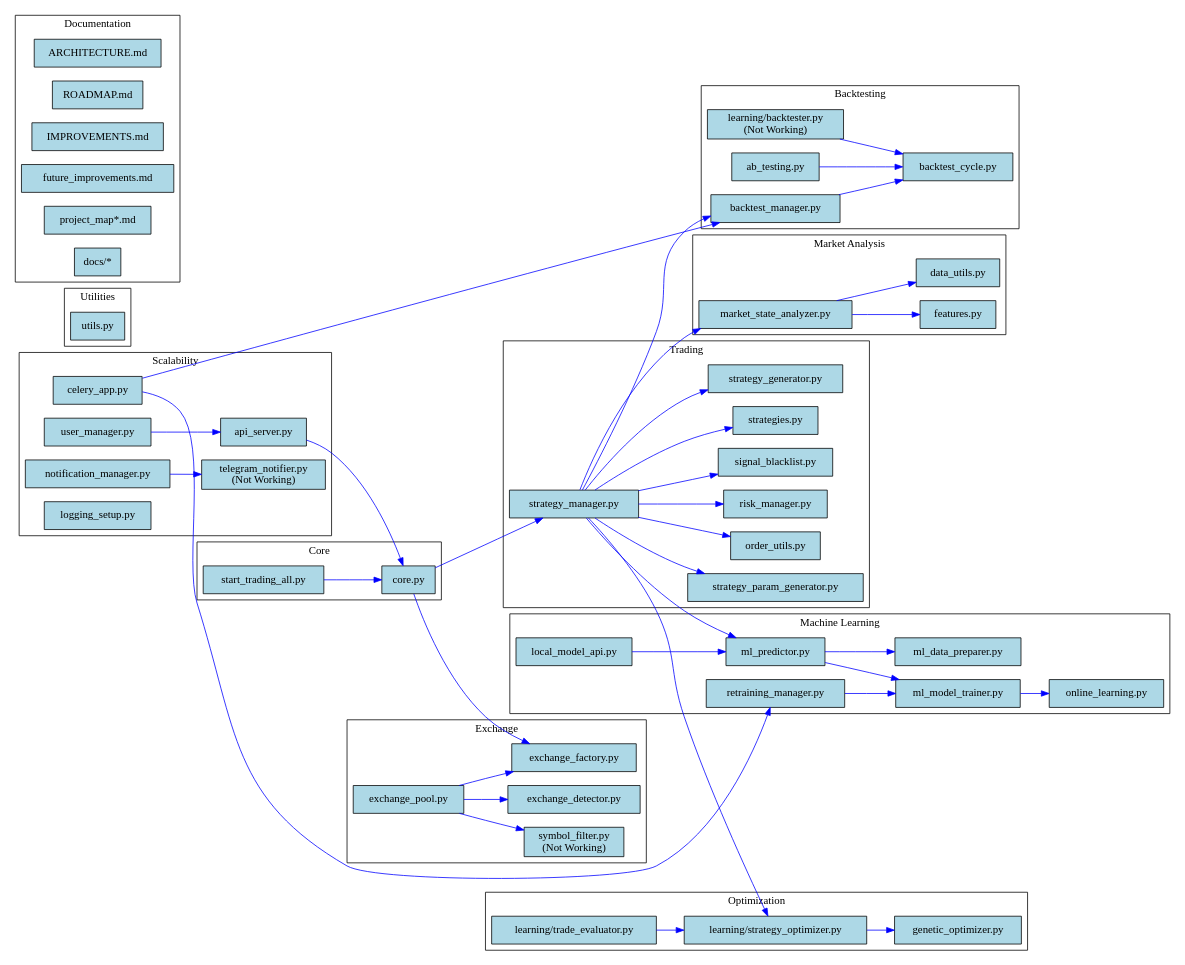
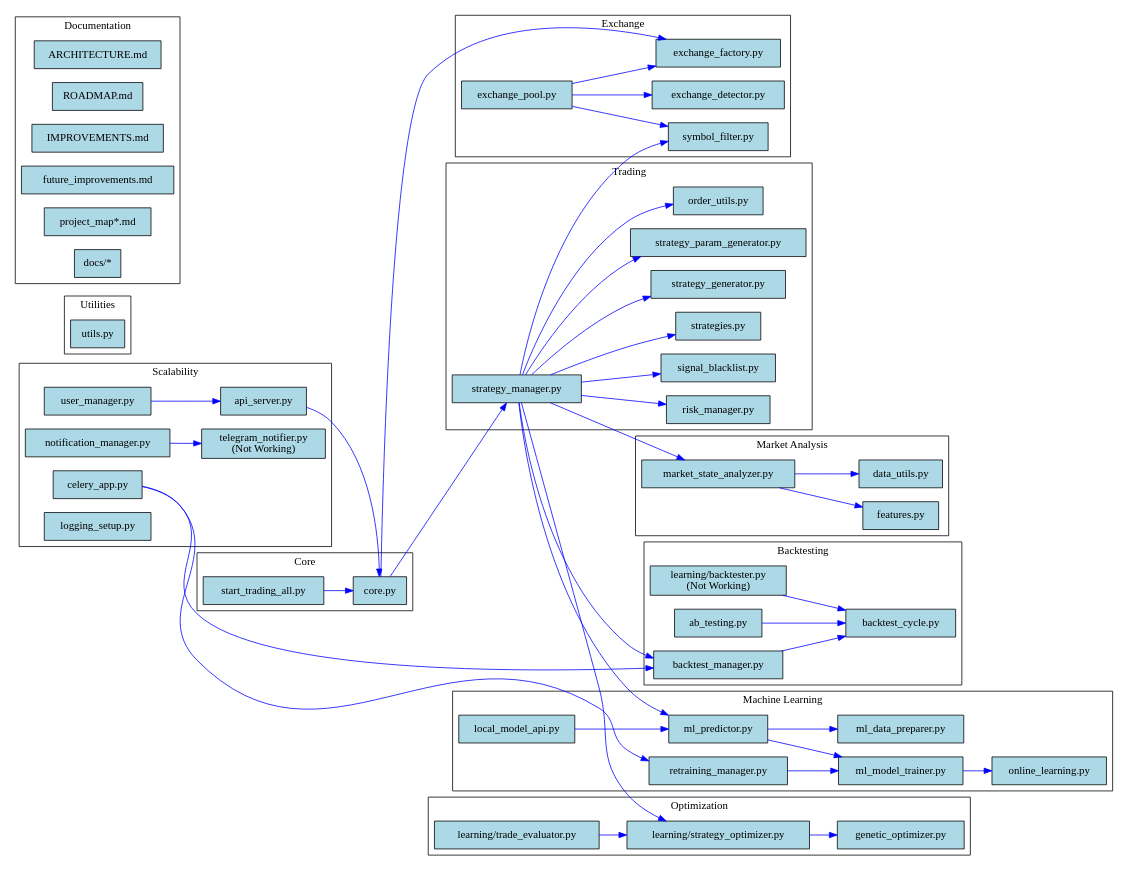
Before and after one commit to Mars-proj/Simbiot-trading-bot-evolved: the diagram in trading_bot_graph.dot, drawn with Graphviz. The commit also changed 6 other files, not shown here.

```diff
--- a/trading_bot_graph.dot
+++ b/trading_bot_graph.dot
@@ -1,140 +1,141 @@
 digraph TradingBotSystem {
     rankdir=LR;
     node [shape=box, style=filled, fillcolor=lightblue];
     edge [color=blue];
 
     // Core
     subgraph cluster_core {
         label="Core";
         fillcolor=lightgreen;
         core [label="core.py"];
         start_trading [label="start_trading_all.py"];
         start_trading -> core;
     }
 
     // Trading
     subgraph cluster_trading {
         label="Trading";
         fillcolor=lightyellow;
         strategies [label="strategies.py"];
         strategy_manager [label="strategy_manager.py"];
         strategy_generator [label="strategy_generator.py"];
         strategy_param_generator [label="strategy_param_generator.py"];
         order_utils [label="order_utils.py"];
         risk_manager [label="risk_manager.py"];
         signal_blacklist [label="signal_blacklist.py"];
         strategy_manager -> strategies;
         strategy_manager -> strategy_generator;
         strategy_manager -> strategy_param_generator;
         strategy_manager -> order_utils;
         strategy_manager -> risk_manager;
         strategy_manager -> signal_blacklist;
         core -> strategy_manager;
     }
 
     // Exchange
     subgraph cluster_exchange {
         label="Exchange";
         fillcolor=lightcoral;
         exchange_factory [label="exchange_factory.py"];
         exchange_detector [label="exchange_detector.py"];
         exchange_pool [label="exchange_pool.py"];
-        symbol_filter [label="symbol_filter.py\n(Not Working)"];
+        symbol_filter [label="symbol_filter.py"];
         exchange_pool -> exchange_factory;
         exchange_pool -> exchange_detector;
         exchange_pool -> symbol_filter;
         core -> exchange_factory;
     }
 
     // Market Analysis
     subgraph cluster_market_analysis {
         label="Market Analysis";
         fillcolor=lightpink;
         market_state_analyzer [label="market_state_analyzer.py"];
         features [label="features.py"];
         data_utils [label="data_utils.py"];
         market_state_analyzer -> features;
         market_state_analyzer -> data_utils;
         strategy_manager -> market_state_analyzer;
+        strategy_manager -> symbol_filter;
     }
 
     // Machine Learning
     subgraph cluster_ml {
         label="Machine Learning";
         fillcolor=lightcyan;
         ml_data_preparer [label="ml_data_preparer.py"];
         ml_model_trainer [label="ml_model_trainer.py"];
         ml_predictor [label="ml_predictor.py"];
         online_learning [label="online_learning.py"];
         retraining_manager [label="retraining_manager.py"];
         local_model_api [label="local_model_api.py"];
         ml_predictor -> ml_model_trainer;
         ml_predictor -> ml_data_preparer;
         ml_model_trainer -> online_learning;
         retraining_manager -> ml_model_trainer;
         local_model_api -> ml_predictor;
         strategy_manager -> ml_predictor;
     }
 
     // Optimization
     subgraph cluster_optimization {
         label="Optimization";
         fillcolor=lightgoldenrodyellow;
         genetic_optimizer [label="genetic_optimizer.py"];
         strategy_optimizer [label="learning/strategy_optimizer.py"];
         trade_evaluator [label="learning/trade_evaluator.py"];
         strategy_optimizer -> genetic_optimizer;
         trade_evaluator -> strategy_optimizer;
         strategy_manager -> strategy_optimizer;
     }
 
     // Backtesting
     subgraph cluster_backtesting {
         label="Backtesting";
         fillcolor=lightgray;
         backtest_cycle [label="backtest_cycle.py"];
         backtest_manager [label="backtest_manager.py"];
         learning_backtester [label="learning/backtester.py\n(Not Working)"];
         ab_testing [label="ab_testing.py"];
         backtest_manager -> backtest_cycle;
         learning_backtester -> backtest_cycle;
         ab_testing -> backtest_cycle;
         strategy_manager -> backtest_manager;
     }
 
     // Scalability
     subgraph cluster_scalability {
         label="Scalability";
         fillcolor=lightseagreen;
         celery_app [label="celery_app.py"];
         api_server [label="api_server.py"];
         user_manager [label="user_manager.py"];
         notification_manager [label="notification_manager.py"];
         telegram_notifier [label="telegram_notifier.py\n(Not Working)"];
         logging_setup [label="logging_setup.py"];
         notification_manager -> telegram_notifier;
         celery_app -> backtest_manager;
         celery_app -> retraining_manager;
         api_server -> core;
         user_manager -> api_server;
     }
 
     // Utilities
     subgraph cluster_utilities {
         label="Utilities";
         fillcolor=lightsalmon;
         utils [label="utils.py"];
     }
 
     // Documentation
     subgraph cluster_documentation {
         label="Documentation";
         fillcolor=lavender;
         architecture_md [label="ARCHITECTURE.md"];
         roadmap_md [label="ROADMAP.md"];
         improvements_md [label="IMPROVEMENTS.md"];
         future_improvements [label="future_improvements.md"];
         project_map_md [label="project_map*.md"];
         docs [label="docs/*"];
     }
 }
```
